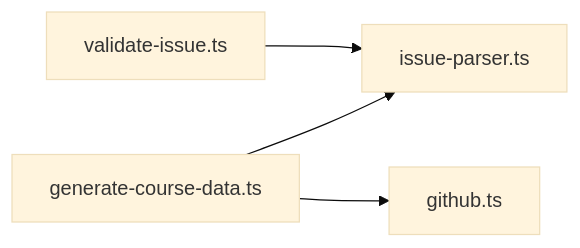
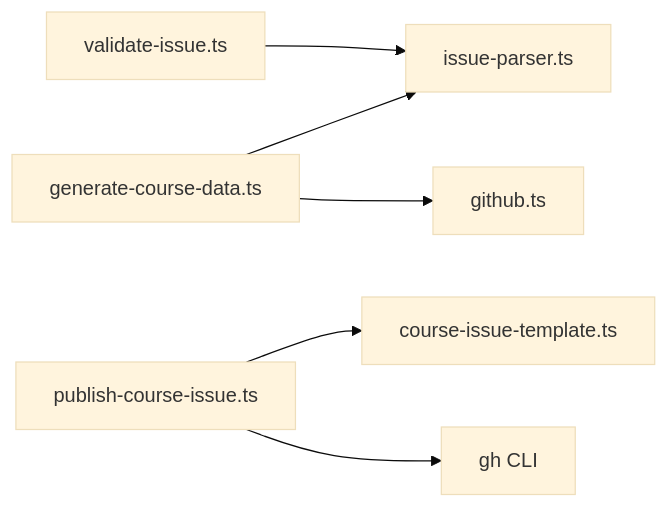
Before and after one commit to kevintsai1202/course-schedule: the sixth of 11 diagrams in spec.md, drawn with Mermaid (base theme). The commit also changed other lines of this file and 9 other files, not shown here.

Commit message:
feat: add course issue publisher skill

````diff
--- a/spec.md
+++ b/spec.md
@@ -176,6 +178,8 @@
 ```mermaid
 flowchart LR
     A[validate-issue.ts] --> B[issue-parser.ts]
     C[generate-course-data.ts] --> B
     C --> D[github.ts]
+    E[publish-course-issue.ts] --> F[course-issue-template.ts]
+    E --> G[gh CLI]
 ```
````
